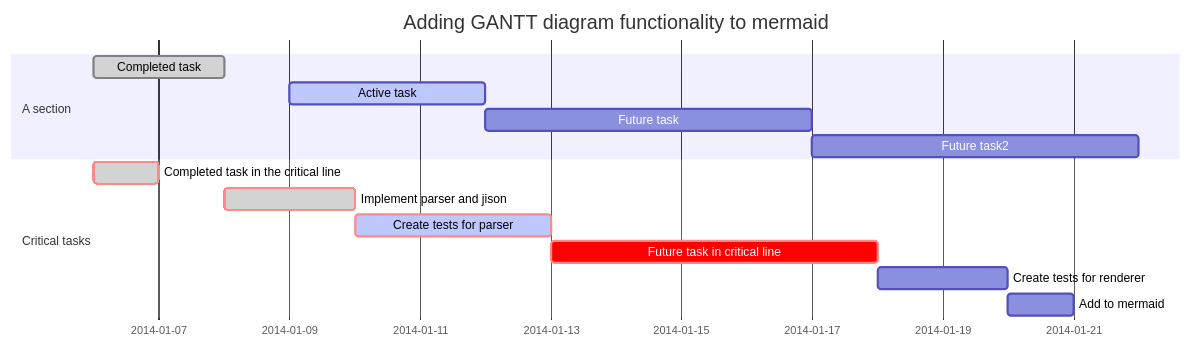
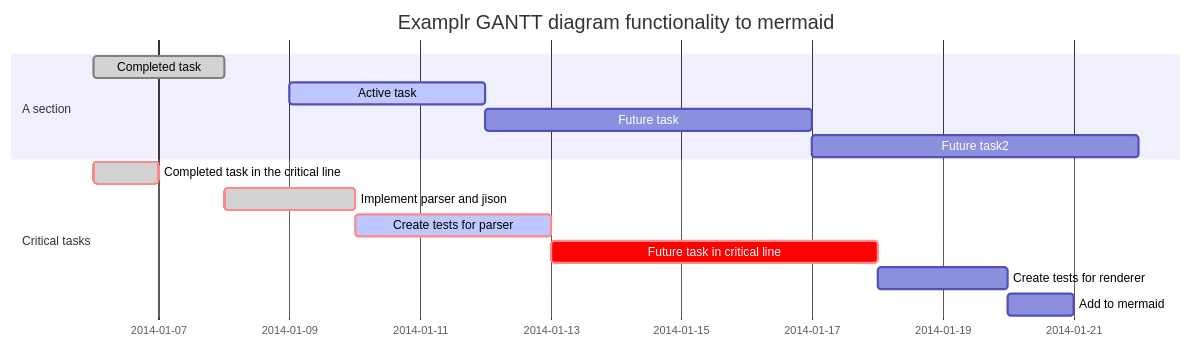
Before and after one commit to gstuetzer/docs: the third of 3 diagrams in docs/src/README.md, drawn with Mermaid. The commit also changed other lines of this file and 4 other files, not shown here.

````diff
--- a/docs/src/README.md
+++ b/docs/src/README.md
@@ -44,18 +44,18 @@
 ```mermaid
 gantt
         dateFormat  YYYY-MM-DD
-        title Adding GANTT diagram functionality to mermaid
+        title Examplr GANTT diagram functionality to mermaid
         section A section
         Completed task            :done,    des1, 2014-01-06,2014-01-08
         Active task               :active,  des2, 2014-01-09, 3d
         Future task               :         des3, after des2, 5d
         Future task2               :         des4, after des3, 5d
         section Critical tasks
         Completed task in the critical line :crit, done, 2014-01-06,24h
         Implement parser and jison          :crit, done, after des1, 2d
         Create tests for parser             :crit, active, 3d
         Future task in critical line        :crit, 5d
         Create tests for renderer           :2d
         Add to mermaid                      :1d
 
 ```
````
